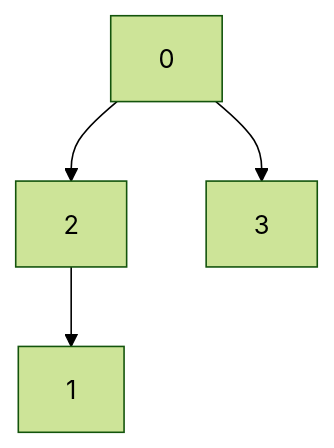
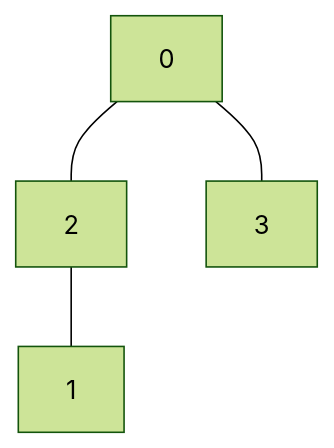
Before and after one commit to SalinatedCoffee/my-leetcode-solutions: the diagram in Python3/1443. (M) Minimum Time to Collect All Apples in a Tree/README.md, drawn with Mermaid (forest theme).

Commit message:
Make edges in diagram undirected

````diff
--- a/Python3/1443. (M) Minimum Time to Collect All Apples in a Tree/README.md
+++ b/Python3/1443. (M) Minimum Time to Collect All Apples in a Tree/README.md
@@ -5,6 +5,6 @@
 ```mermaid
 graph TD;
-0-->2;
-0-->3;
-2-->1;
+0---2;
+0---3;
+2---1;
 ```
````
